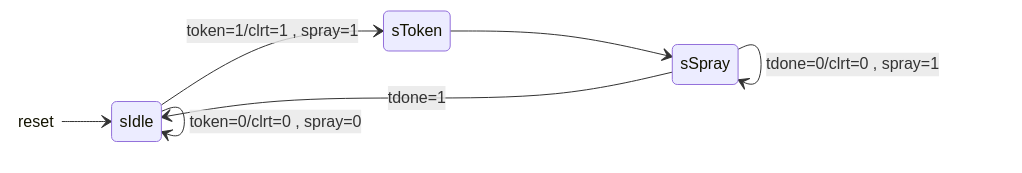
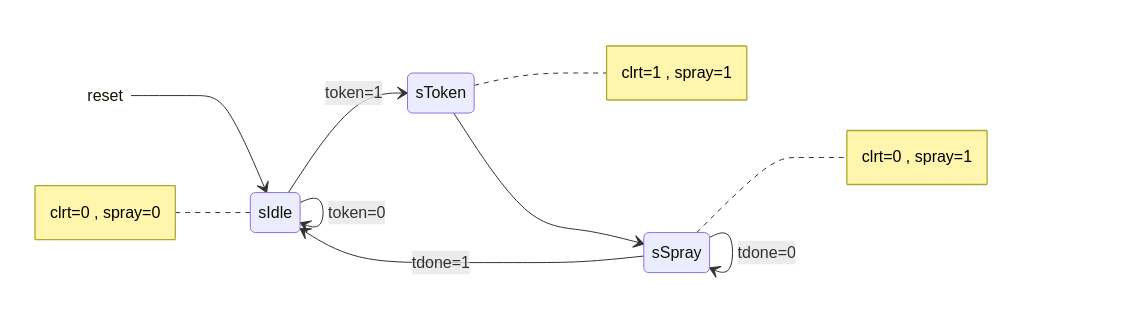
One commit to PavlosTzitzos/HDLs-intro changed the diagram in SystemVerilog/tutorial/fsm/moore/README.md. Above: the diagram before and after it, drawn with Mermaid.

````diff
--- a/SystemVerilog/tutorial/fsm/moore/README.md
+++ b/SystemVerilog/tutorial/fsm/moore/README.md
@@ -6,11 +6,20 @@
 ```mermaid
 stateDiagram
     direction LR
     classDef rst fill:white,stroke-width:0px
     reset:::rst --> sIdle
-    sIdle --> sIdle : token=0/clrt=0 , spray=0
-    sIdle --> sToken : token=1/clrt=1 , spray=1
+    sIdle --> sIdle : token=0
+    note left of sIdle
+            clrt=0 , spray=0
+    end note
+    sIdle --> sToken : token=1
+    note right of sToken
+            clrt=1 , spray=1
+    end note
     sToken --> sSpray
-    sSpray --> sSpray : tdone=0/clrt=0 , spray=1
+    sSpray --> sSpray : tdone=0
+    note right of sSpray
+            clrt=0 , spray=1
+    end note
     sSpray --> sIdle : tdone=1
 ```
````
